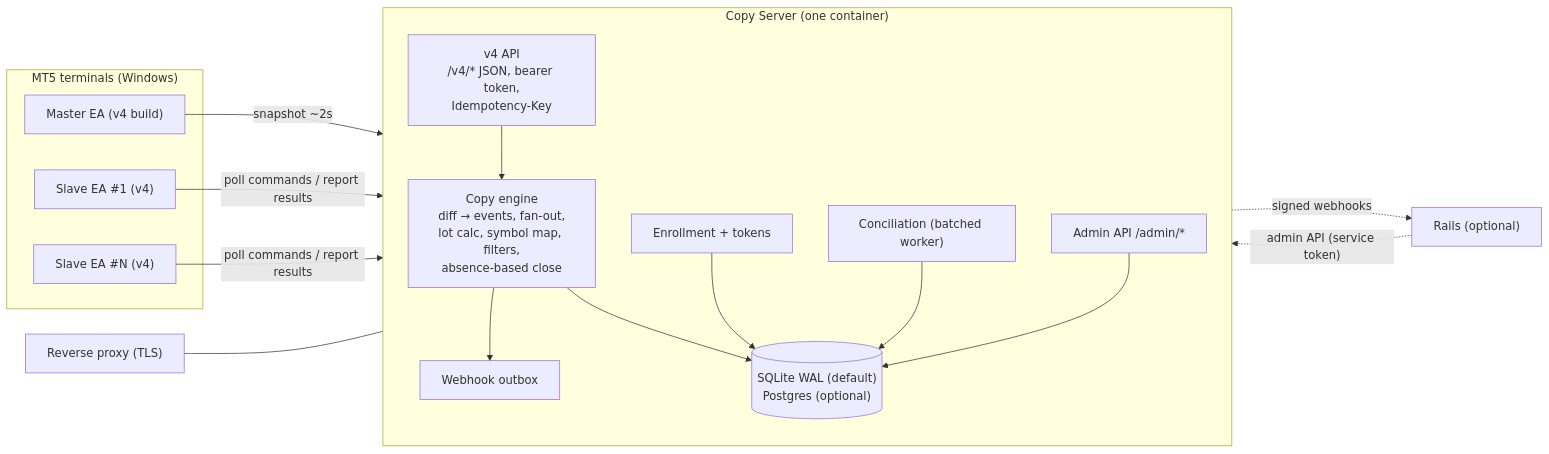
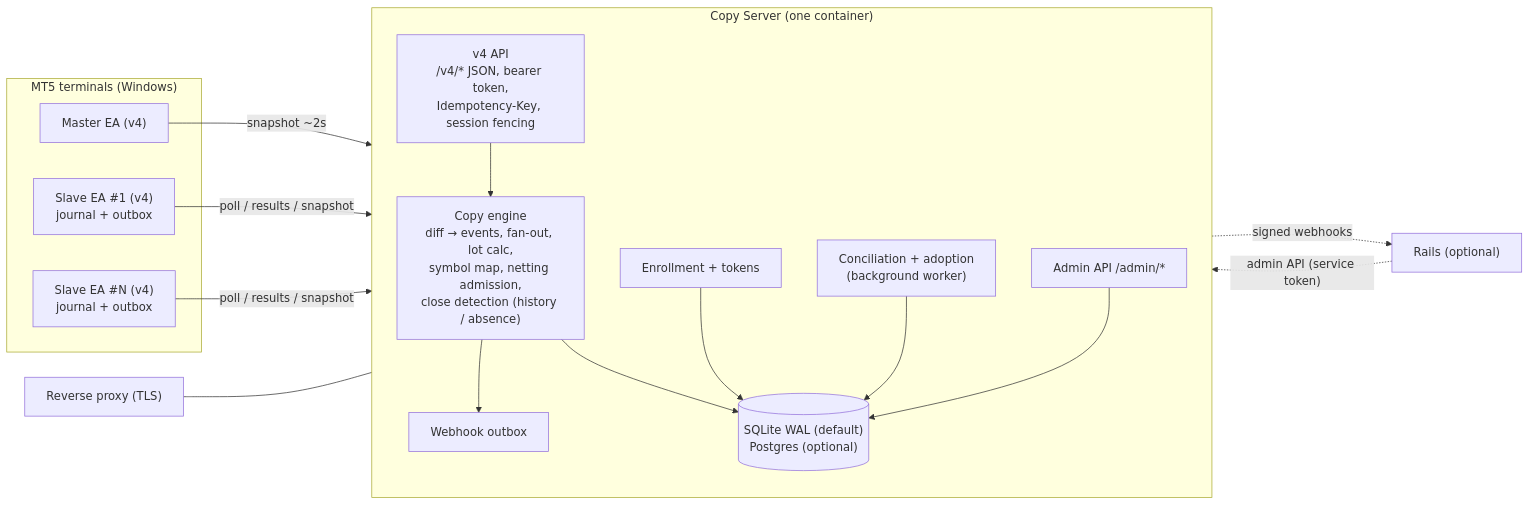
Before and after one commit to brenoperucchi/mt5-web-replicator: the first of 2 diagrams in docs/design/0001-copy-core.md, drawn with Mermaid. The commit also changed other lines of this file, not shown here.

````diff
--- a/docs/design/0001-copy-core.md
+++ b/docs/design/0001-copy-core.md
@@ -129,32 +120,32 @@
 ```mermaid
 flowchart LR
   subgraph Terminals["MT5 terminals (Windows)"]
-    M["Master EA (v4 build)"]
-    S1["Slave EA #1 (v4)"]
-    S2["Slave EA #N (v4)"]
+    M["Master EA (v4)"]
+    S1["Slave EA #1 (v4)<br/>journal + outbox"]
+    S2["Slave EA #N (v4)<br/>journal + outbox"]
   end
 
   subgraph CS["Copy Server (one container)"]
     direction TB
-    API["v4 API<br/>/v4/* JSON, bearer token,<br/>Idempotency-Key"]
+    API["v4 API<br/>/v4/* JSON, bearer token,<br/>Idempotency-Key, session fencing"]
     EN["Enrollment + tokens"]
-    CORE["Copy engine<br/>diff → events, fan-out,<br/>lot calc, symbol map, filters,<br/>absence-based close"]
-    REC["Conciliation (batched worker)"]
+    CORE["Copy engine<br/>diff → events, fan-out, lot calc,<br/>symbol map, netting admission,<br/>close detection (history / absence)"]
+    REC["Conciliation + adoption<br/>(background worker)"]
     ADM["Admin API /admin/*"]
     HOOK["Webhook outbox"]
     DB[("SQLite WAL (default)<br/>Postgres (optional)")]
     API --> CORE
     EN --> DB
     CORE --> DB
     REC --> DB
     ADM --> DB
     CORE --> HOOK
   end
 
   M -- "snapshot ~2s" --> API
-  S1 -- "poll commands / report results" --> API
-  S2 -- "poll commands / report results" --> API
+  S1 -- "poll / results / snapshot" --> API
+  S2 -- "poll / results / snapshot" --> API
   RP["Reverse proxy (TLS)"] --- CS
   HOOK -. "signed webhooks" .-> R["Rails (optional)"]
   R -. "admin API (service token)" .-> ADM
 ```
````
